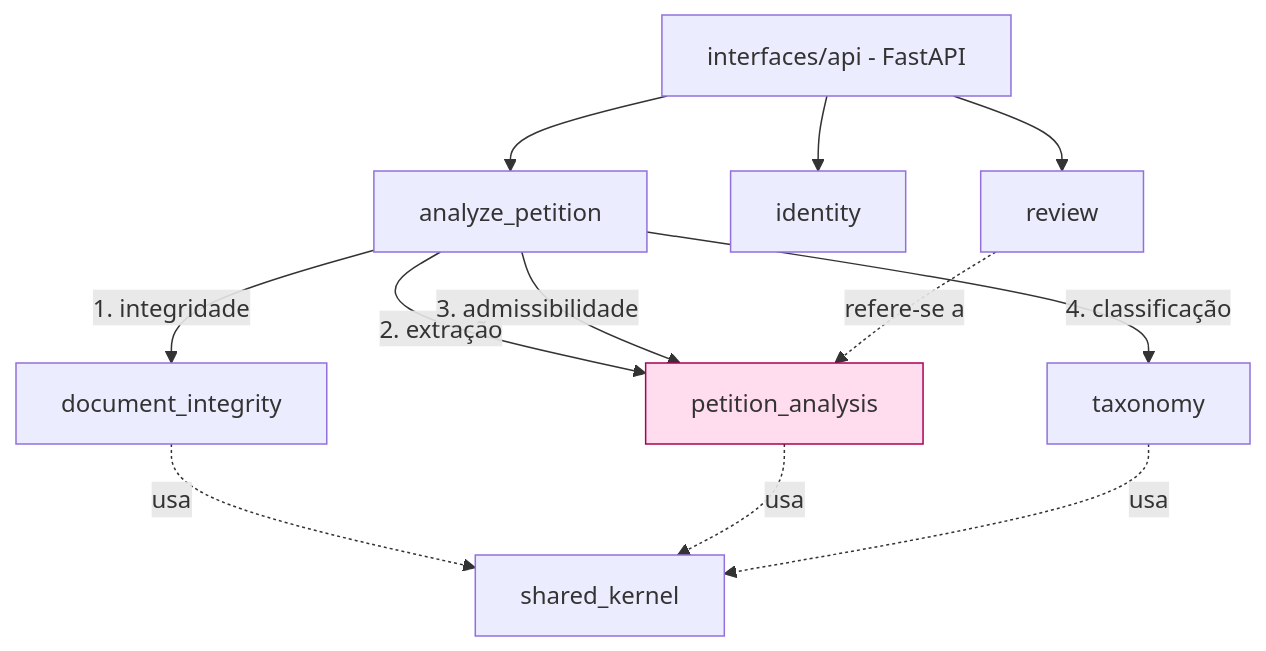
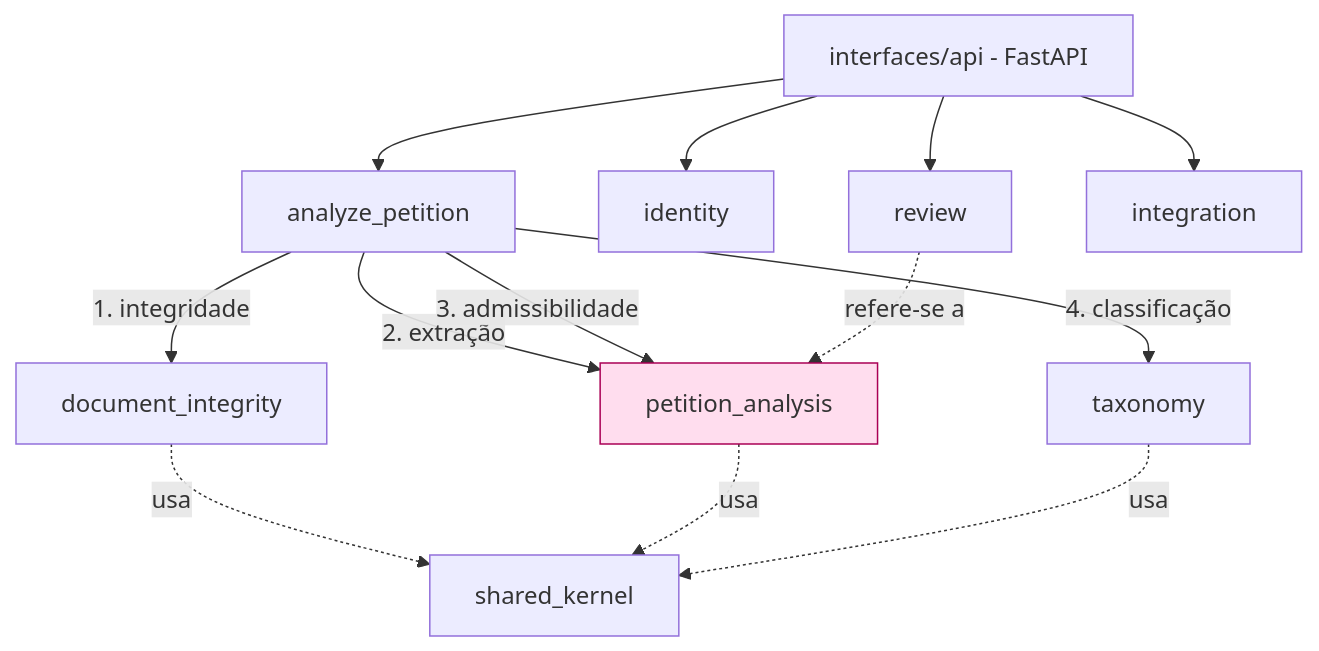
The diagram in docs/ddd-context-map.md (marcovillar-br/sherpi), drawn with Mermaid before and after one commit. The commit also changed other lines of this file and 9 other files, not shown here.

````diff
--- a/docs/ddd-context-map.md
+++ b/docs/ddd-context-map.md
@@ -43,19 +44,20 @@
 ```mermaid
 flowchart TB
     API[interfaces/api - FastAPI] --> ORCH[analyze_petition]
     API --> IDENTITY[identity]
     API --> REVIEW[review]
+    API --> INT[integration]
 
     ORCH -->|1. integridade| DI[document_integrity]
     ORCH -->|2. extração| PA[petition_analysis]
     ORCH -->|3. admissibilidade| PA
     ORCH -->|4. classificação| TAX[taxonomy]
 
     DI -.usa.-> SK[shared_kernel]
     PA -.usa.-> SK
     TAX -.usa.-> SK
     REVIEW -.refere-se a.-> PA
 
     classDef core fill:#fde,stroke:#a05
     class PA core
 ```
````
